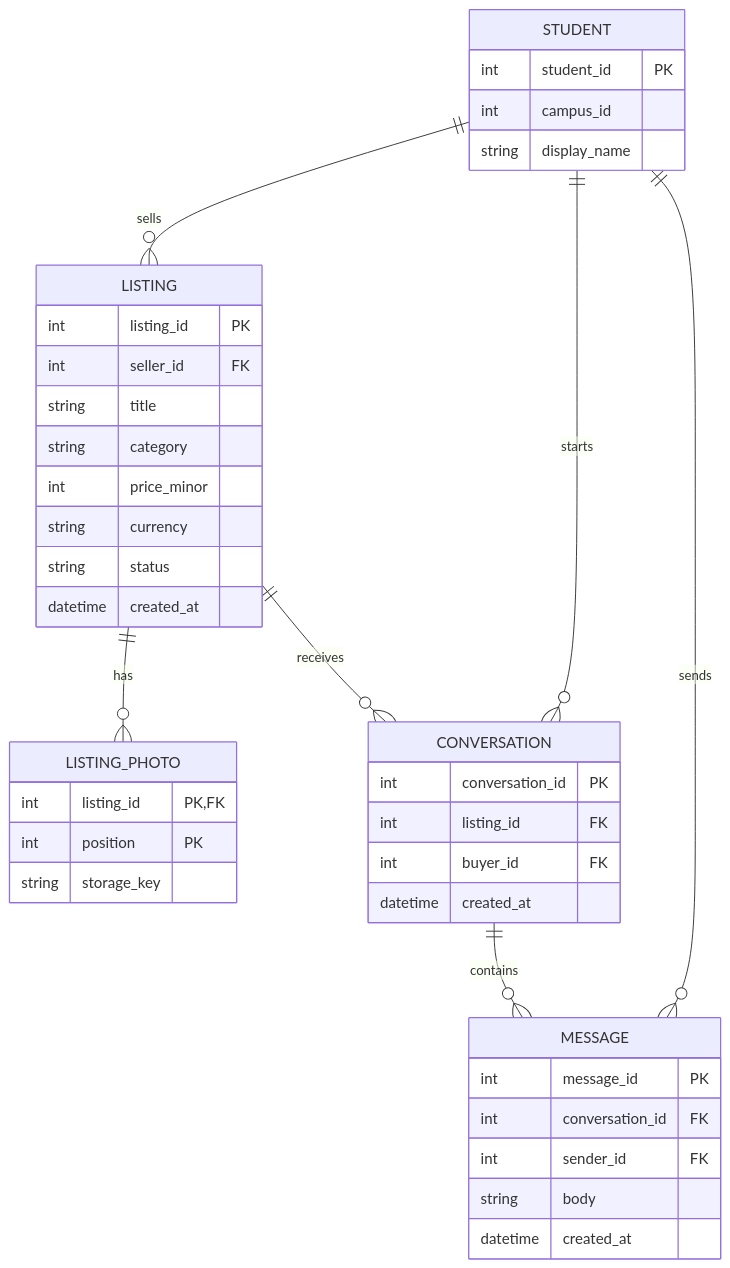
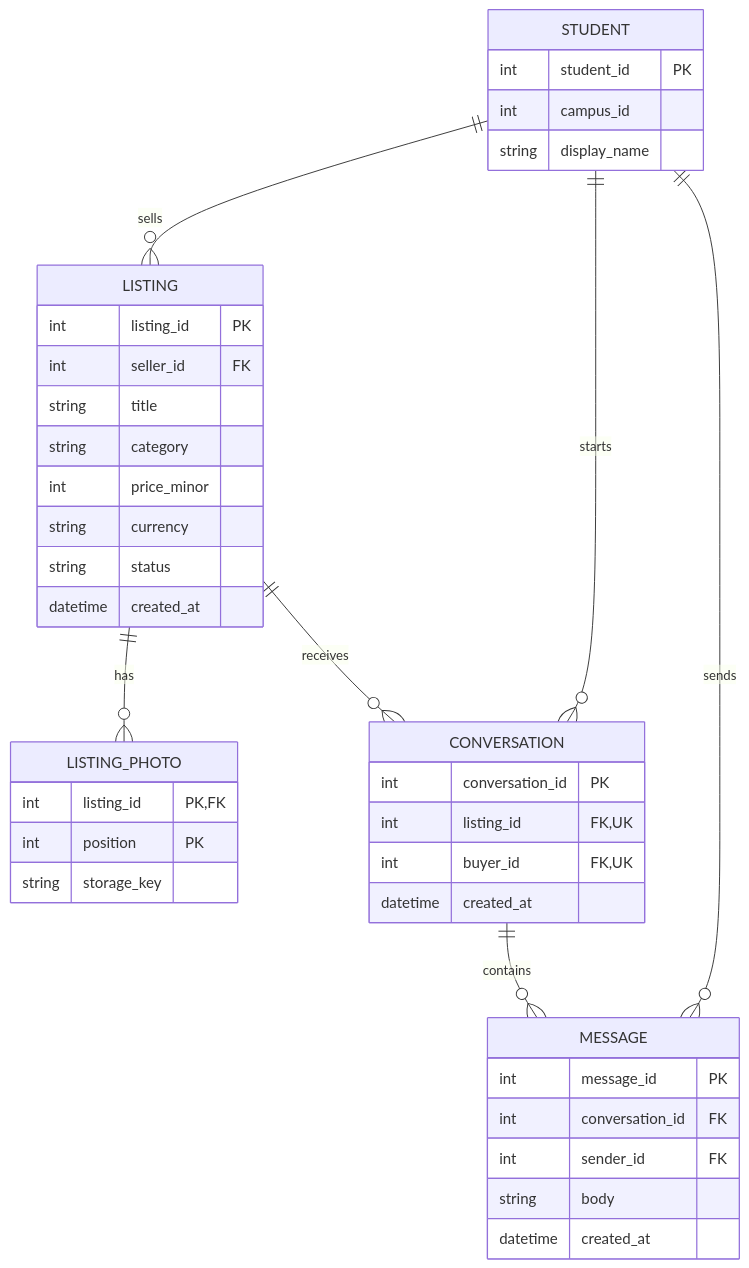
One commit to ehuerta6/bloomberg-interview-practice changed the second of 2 diagrams in solutions/system-design/06-student-marketplace.md. Above: the diagram before and after it, drawn with Mermaid. The commit also changed 16 other files, not shown here.

````diff
--- a/solutions/system-design/06-student-marketplace.md
+++ b/solutions/system-design/06-student-marketplace.md
@@ -49,43 +49,43 @@
 ```mermaid
 erDiagram
     STUDENT ||--o{ LISTING : sells
     LISTING ||--o{ LISTING_PHOTO : has
     LISTING ||--o{ CONVERSATION : receives
     STUDENT ||--o{ CONVERSATION : starts
     CONVERSATION ||--o{ MESSAGE : contains
     STUDENT ||--o{ MESSAGE : sends
 
     STUDENT {
         int student_id PK
         int campus_id
         string display_name
     }
     LISTING {
         int listing_id PK
         int seller_id FK
         string title
         string category
         int price_minor
         string currency
         string status
         datetime created_at
     }
     LISTING_PHOTO {
         int listing_id PK, FK
         int position PK
         string storage_key
     }
     CONVERSATION {
         int conversation_id PK
-        int listing_id FK
-        int buyer_id FK
+        int listing_id FK, UK
+        int buyer_id FK, UK
         datetime created_at
     }
     MESSAGE {
         int message_id PK
         int conversation_id FK
         int sender_id FK
         string body
         datetime created_at
     }
 ```
````
